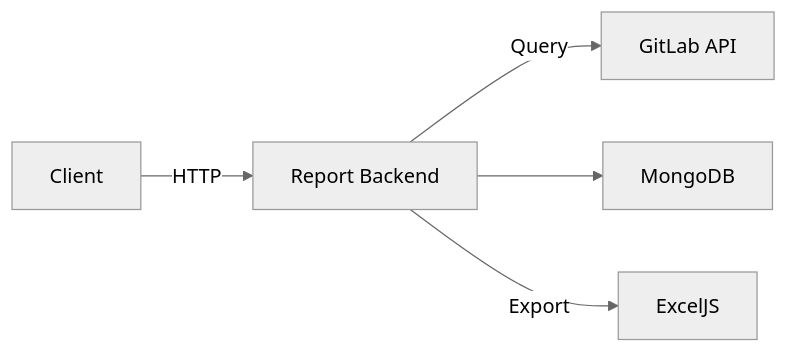
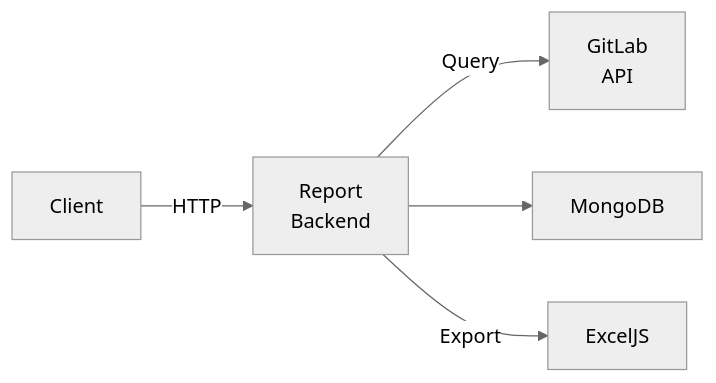
One commit to mehrab-shafae/gitlab-report-backend changed the diagram in docs/architecture.md. Above: the diagram before and after it, drawn with Mermaid (neutral theme). The commit also changed 1 other file, not shown here.

````diff
--- a/docs/architecture.md
+++ b/docs/architecture.md
@@ -6,7 +6,7 @@
 ```mermaid
 flowchart LR
-  Client -->|HTTP| Report[Report Backend]
-  Report -->|Query| GitLab[GitLab API]
-  Report --> Mongo[MongoDB]
-  Report -->|Export| ExcelJS[ExcelJS]
+  Client -->|HTTP| Report["Report<br/>Backend"]
+  Report -->|Query| GitLab["GitLab<br/>API"]
+  Report --> Mongo["MongoDB"]
+  Report -->|Export| ExcelJS["ExcelJS"]
 ```
````
